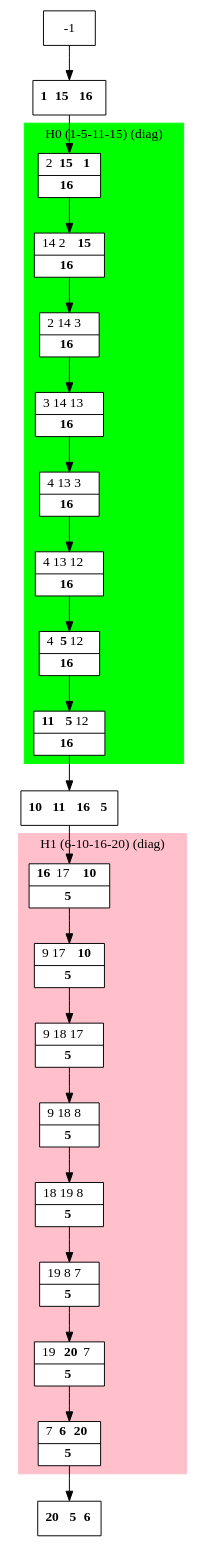
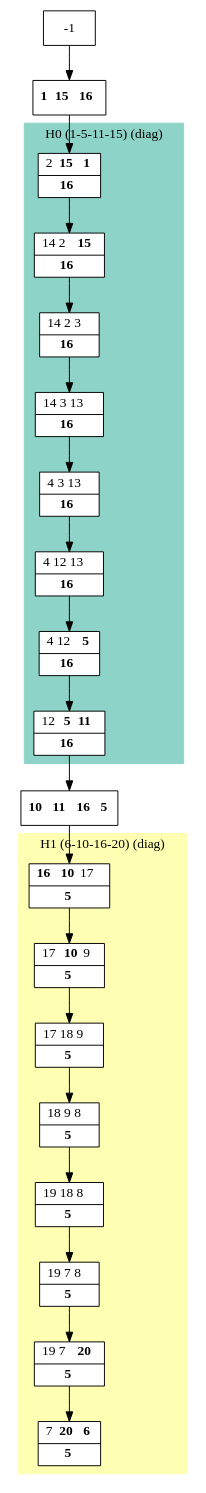
Before and after one commit to bmarchand/auto-dp: the diagram in results/dot_files/processed_H.dot, drawn with Graphviz. The commit also changed 93 other files, not shown here.

```diff
--- a/results/dot_files/processed_H.dot
+++ b/results/dot_files/processed_H.dot
@@ -1,43 +1,41 @@
 digraph G {
     node [shape=box];
     subgraph cluster0 {
         node [style=filled,fillcolor=white];
         labeljust="l";
         style=filled;
-        color=lime;
+        color="#8DD3C7";
         H0_0 -> H0_1 -> H0_2 -> H0_3 -> H0_4 -> H0_5 -> H0_6 -> H0_7;
         label="H0 (1-5-11-15) (diag)";
     }
     subgraph cluster1 {
         node [style=filled,fillcolor=white];
         labeljust="l";
         style=filled;
-        color=pink;
+        color="#FFFFB3";
         H1_7 -> H1_6 -> H1_5 -> H1_4 -> H1_3 -> H1_2 -> H1_1 -> H1_0;
         label="H1 (6-10-16-20) (diag)";
     }
      1 [shape=record,label= <{ <b>1</b> <b>15</b> <b>16</b>}> ];
      -1  ->  1;
      H0_0 [shape=record,label= <{ 2 <b>15</b> <b>1</b>|  <b>16</b>}> ];
      1  ->  H0_0;
      H0_1 [shape=record,label= <{ 14 2 <b>15</b>|  <b>16</b>}> ];
-     H0_2 [shape=record,label= <{ 2 14 3|  <b>16</b>}> ];
-     H0_3 [shape=record,label= <{ 3 14 13|  <b>16</b>}> ];
-     H0_4 [shape=record,label= <{ 4 13 3|  <b>16</b>}> ];
-     H0_5 [shape=record,label= <{ 4 13 12|  <b>16</b>}> ];
-     H0_6 [shape=record,label= <{ 4 <b>5</b> 12|  <b>16</b>}> ];
-     H0_7 [shape=record,label= <{ <b>11</b> <b>5</b> 12|  <b>16</b>}> ];
-     5 [shape=record,label= <{ <b>10</b> <b>11</b> <b>16</b> <b>5</b>}> ];
-     H0_7  ->  5;
-     H1_7 [shape=record,label= <{ <b>16</b> 17 <b>10</b>|  <b>5</b>}> ];
-     5  ->  H1_7;
-     H1_6 [shape=record,label= <{ 9 17 <b>10</b>|  <b>5</b>}> ];
-     H1_5 [shape=record,label= <{ 9 18 17|  <b>5</b>}> ];
-     H1_4 [shape=record,label= <{ 9 18 8|  <b>5</b>}> ];
-     H1_3 [shape=record,label= <{ 18 19 8|  <b>5</b>}> ];
-     H1_2 [shape=record,label= <{ 19 8 7|  <b>5</b>}> ];
-     H1_1 [shape=record,label= <{ 19 <b>20</b> 7|  <b>5</b>}> ];
-     H1_0 [shape=record,label= <{ 7 <b>6</b> <b>20</b>|  <b>5</b>}> ];
-     shift_16 [shape=record,label= <{ <b>20</b> <b>5</b> <b>6</b>}> ];
-     H1_0  ->  shift_16;
+     H0_2 [shape=record,label= <{ 14 2 3|  <b>16</b>}> ];
+     H0_3 [shape=record,label= <{ 14 3 13|  <b>16</b>}> ];
+     H0_4 [shape=record,label= <{ 4 3 13|  <b>16</b>}> ];
+     H0_5 [shape=record,label= <{ 4 12 13|  <b>16</b>}> ];
+     H0_6 [shape=record,label= <{ 4 12 <b>5</b>|  <b>16</b>}> ];
+     H0_7 [shape=record,label= <{ 12 <b>5</b> <b>11</b>|  <b>16</b>}> ];
+     10 [shape=record,label= <{ <b>10</b> <b>11</b> <b>16</b> <b>5</b>}> ];
+     H0_7  ->  10;
+     H1_7 [shape=record,label= <{ <b>16</b> <b>10</b> 17|  <b>5</b>}> ];
+     10  ->  H1_7;
+     H1_6 [shape=record,label= <{ 17 <b>10</b> 9|  <b>5</b>}> ];
+     H1_5 [shape=record,label= <{ 17 18 9|  <b>5</b>}> ];
+     H1_4 [shape=record,label= <{ 18 9 8|  <b>5</b>}> ];
+     H1_3 [shape=record,label= <{ 19 18 8|  <b>5</b>}> ];
+     H1_2 [shape=record,label= <{ 19 7 8|  <b>5</b>}> ];
+     H1_1 [shape=record,label= <{ 19 7 <b>20</b>|  <b>5</b>}> ];
+     H1_0 [shape=record,label= <{ 7 <b>20</b> <b>6</b>|  <b>5</b>}> ];
 }
```
